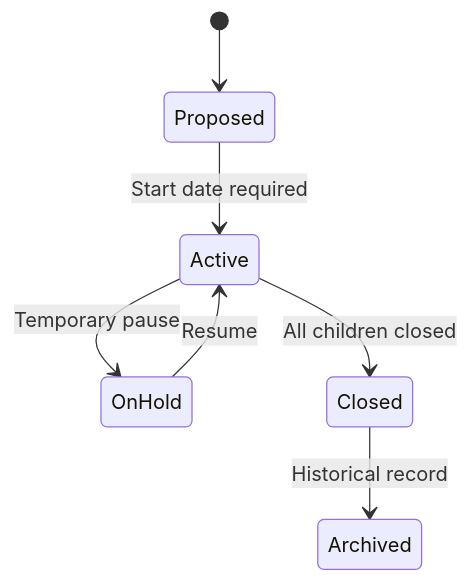
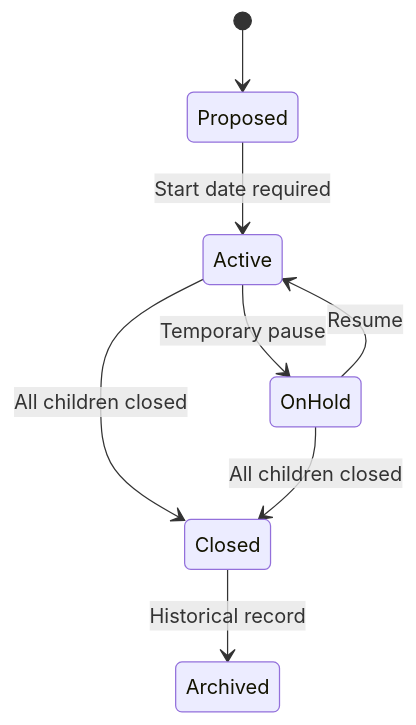
Before and after one commit to destacey/Wayd: the first of 2 diagrams in docs/user-guide/ppm/portfolios-programs.mdx, drawn with Mermaid. The commit also changed other lines of this file and 78 other files, not shown here.

````diff
--- a/docs/user-guide/ppm/portfolios-programs.mdx
+++ b/docs/user-guide/ppm/portfolios-programs.mdx
@@ -39,9 +39,10 @@
 ```mermaid
 stateDiagram-v2
     [*] --> Proposed
     Proposed --> Active : Start date required
     Active --> OnHold : Temporary pause
     Active --> Closed : All children closed
     OnHold --> Active : Resume
+    OnHold --> Closed : All children closed
     Closed --> Archived : Historical record
 ```
````
